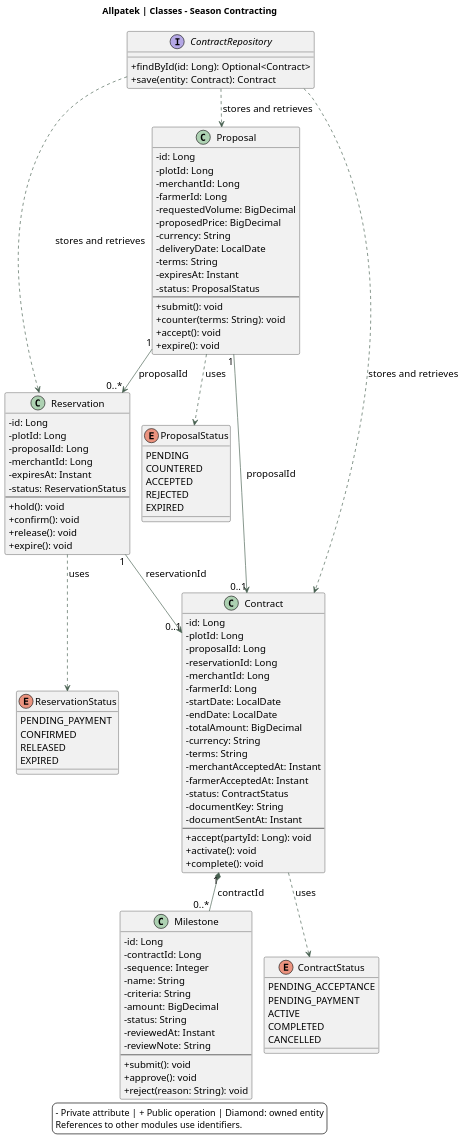
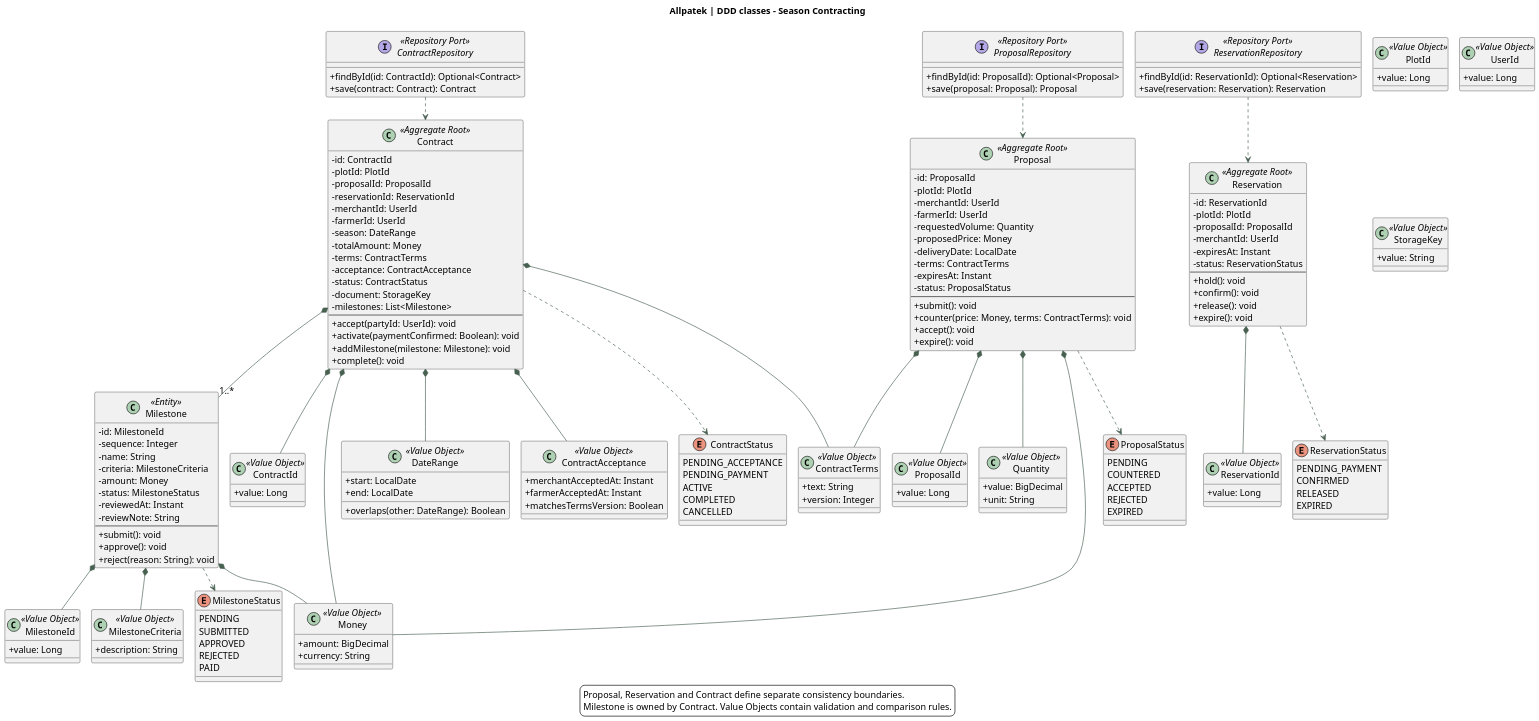
One commit to upc-pre-202620-1asi0729-7753-Terranova/allpatek-report changed the diagram in assets/chapter-04/architecture/10-classes-contracts.puml. Above: the diagram before and after it, drawn with PlantUML. The commit also changed 14 other files, not shown here.

Commit message:
docs(domain): align class diagrams with DDD value objects

```diff
--- a/assets/chapter-04/architecture/10-classes-contracts.puml
+++ b/assets/chapter-04/architecture/10-classes-contracts.puml
@@ -1,118 +1,195 @@
 @startuml
 !pragma layout smetana
 skinparam backgroundColor white
 skinparam defaultFontName SansSerif
-skinparam defaultFontSize 15
+skinparam defaultFontSize 14
 skinparam shadowing false
 skinparam classAttributeIconSize 0
 skinparam ArrowColor #476050
 skinparam dpi 140
-title Allpatek | Classes - Season Contracting
+title Allpatek | DDD classes - Season Contracting
 top to bottom direction
-class Proposal {
- -id: Long
- -plotId: Long
- -merchantId: Long
- -farmerId: Long
- -requestedVolume: BigDecimal
- -proposedPrice: BigDecimal
- -currency: String
+
+class Proposal <<Aggregate Root>> {
+ -id: ProposalId
+ -plotId: PlotId
+ -merchantId: UserId
+ -farmerId: UserId
+ -requestedVolume: Quantity
+ -proposedPrice: Money
  -deliveryDate: LocalDate
- -terms: String
+ -terms: ContractTerms
  -expiresAt: Instant
  -status: ProposalStatus
  --
-+submit(): void
-+counter(terms: String): void
-+accept(): void
-+expire(): void
+ +submit(): void
+ +counter(price: Money, terms: ContractTerms): void
+ +accept(): void
+ +expire(): void
 }
-class Reservation {
- -id: Long
- -plotId: Long
- -proposalId: Long
- -merchantId: Long
+
+class Reservation <<Aggregate Root>> {
+ -id: ReservationId
+ -plotId: PlotId
+ -proposalId: ProposalId
+ -merchantId: UserId
  -expiresAt: Instant
  -status: ReservationStatus
  --
-+hold(): void
-+confirm(): void
-+release(): void
-+expire(): void
+ +hold(): void
+ +confirm(): void
+ +release(): void
+ +expire(): void
 }
-class Contract {
- -id: Long
- -plotId: Long
- -proposalId: Long
- -reservationId: Long
- -merchantId: Long
- -farmerId: Long
- -startDate: LocalDate
- -endDate: LocalDate
- -totalAmount: BigDecimal
- -currency: String
- -terms: String
- -merchantAcceptedAt: Instant
- -farmerAcceptedAt: Instant
+
+class Contract <<Aggregate Root>> {
+ -id: ContractId
+ -plotId: PlotId
+ -proposalId: ProposalId
+ -reservationId: ReservationId
+ -merchantId: UserId
+ -farmerId: UserId
+ -season: DateRange
+ -totalAmount: Money
+ -terms: ContractTerms
+ -acceptance: ContractAcceptance
  -status: ContractStatus
- -documentKey: String
- -documentSentAt: Instant
+ -document: StorageKey
+ -milestones: List<Milestone>
  --
-+accept(partyId: Long): void
-+activate(): void
-+complete(): void
+ +accept(partyId: UserId): void
+ +activate(paymentConfirmed: Boolean): void
+ +addMilestone(milestone: Milestone): void
+ +complete(): void
 }
-class Milestone {
- -id: Long
- -contractId: Long
+
+class Milestone <<Entity>> {
+ -id: MilestoneId
  -sequence: Integer
  -name: String
- -criteria: String
- -amount: BigDecimal
- -status: String
+ -criteria: MilestoneCriteria
+ -amount: Money
+ -status: MilestoneStatus
  -reviewedAt: Instant
  -reviewNote: String
  --
-+submit(): void
-+approve(): void
-+reject(reason: String): void
+ +submit(): void
+ +approve(): void
+ +reject(reason: String): void
 }
+
+class ProposalId <<Value Object>> {
+ +value: Long
+}
+class ReservationId <<Value Object>> {
+ +value: Long
+}
+class ContractId <<Value Object>> {
+ +value: Long
+}
+class MilestoneId <<Value Object>> {
+ +value: Long
+}
+class PlotId <<Value Object>> {
+ +value: Long
+}
+class UserId <<Value Object>> {
+ +value: Long
+}
+class Quantity <<Value Object>> {
+ +value: BigDecimal
+ +unit: String
+}
+class Money <<Value Object>> {
+ +amount: BigDecimal
+ +currency: String
+}
+class DateRange <<Value Object>> {
+ +start: LocalDate
+ +end: LocalDate
+ +overlaps(other: DateRange): Boolean
+}
+class ContractTerms <<Value Object>> {
+ +text: String
+ +version: Integer
+}
+class ContractAcceptance <<Value Object>> {
+ +merchantAcceptedAt: Instant
+ +farmerAcceptedAt: Instant
+ +matchesTermsVersion: Boolean
+}
+class MilestoneCriteria <<Value Object>> {
+ +description: String
+}
+class StorageKey <<Value Object>> {
+ +value: String
+}
+
 enum ProposalStatus {
-PENDING
-COUNTERED
-ACCEPTED
-REJECTED
-EXPIRED
+ PENDING
+ COUNTERED
+ ACCEPTED
+ REJECTED
+ EXPIRED
 }
 enum ReservationStatus {
-PENDING_PAYMENT
-CONFIRMED
-RELEASED
-EXPIRED
+ PENDING_PAYMENT
+ CONFIRMED
+ RELEASED
+ EXPIRED
 }
 enum ContractStatus {
-PENDING_ACCEPTANCE
-PENDING_PAYMENT
-ACTIVE
-COMPLETED
-CANCELLED
+ PENDING_ACCEPTANCE
+ PENDING_PAYMENT
+ ACTIVE
+ COMPLETED
+ CANCELLED
 }
-Proposal ..> ProposalStatus : uses
-Reservation ..> ReservationStatus : uses
-Contract ..> ContractStatus : uses
-interface ContractRepository {
- +findById(id: Long): Optional<Contract>
- +save(entity: Contract): Contract
+enum MilestoneStatus {
+ PENDING
+ SUBMITTED
+ APPROVED
+ REJECTED
+ PAID
 }
-ContractRepository ..> Proposal : stores and retrieves
-ContractRepository ..> Reservation : stores and retrieves
-ContractRepository ..> Contract : stores and retrieves
-Proposal "1" --> "0..*" Reservation : proposalId
-Proposal "1" --> "0..1" Contract : proposalId
-Reservation "1" --> "0..1" Contract : reservationId
-Contract "1" *-- "0..*" Milestone : contractId
+
+interface ProposalRepository <<Repository Port>> {
+ +findById(id: ProposalId): Optional<Proposal>
+ +save(proposal: Proposal): Proposal
+}
+interface ReservationRepository <<Repository Port>> {
+ +findById(id: ReservationId): Optional<Reservation>
+ +save(reservation: Reservation): Reservation
+}
+interface ContractRepository <<Repository Port>> {
+ +findById(id: ContractId): Optional<Contract>
+ +save(contract: Contract): Contract
+}
+
+Proposal *-- ProposalId
+Proposal *-- Money
+Proposal *-- Quantity
+Proposal *-- ContractTerms
+Reservation *-- ReservationId
+Contract *-- ContractId
+Contract *-- DateRange
+Contract *-- Money
+Contract *-- ContractTerms
+Contract *-- ContractAcceptance
+Contract *-- "1..*" Milestone
+Milestone *-- MilestoneId
+Milestone *-- MilestoneCriteria
+Milestone *-- Money
+Proposal ..> ProposalStatus
+Reservation ..> ReservationStatus
+Contract ..> ContractStatus
+Milestone ..> MilestoneStatus
+ProposalRepository ..> Proposal
+ReservationRepository ..> Reservation
+ContractRepository ..> Contract
+
 legend bottom
-- Private attribute | + Public operation | Diamond: owned entity
-References to other modules use identifiers.
+Proposal, Reservation and Contract define separate consistency boundaries.
+Milestone is owned by Contract. Value Objects contain validation and comparison rules.
 endlegend
 @enduml
```
